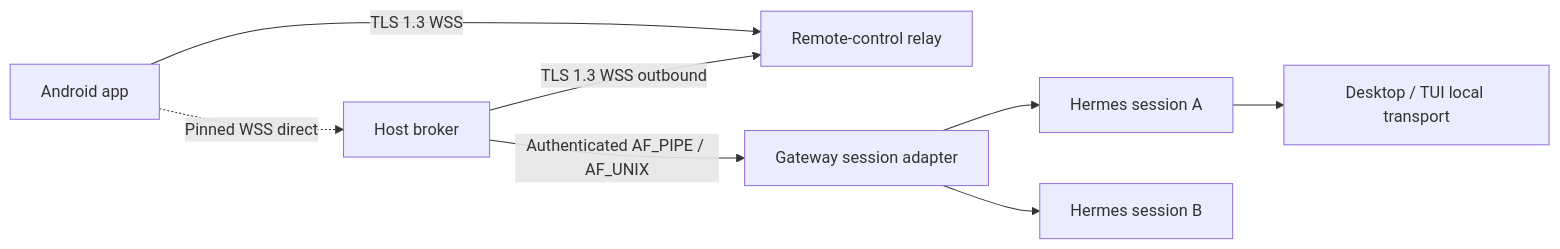
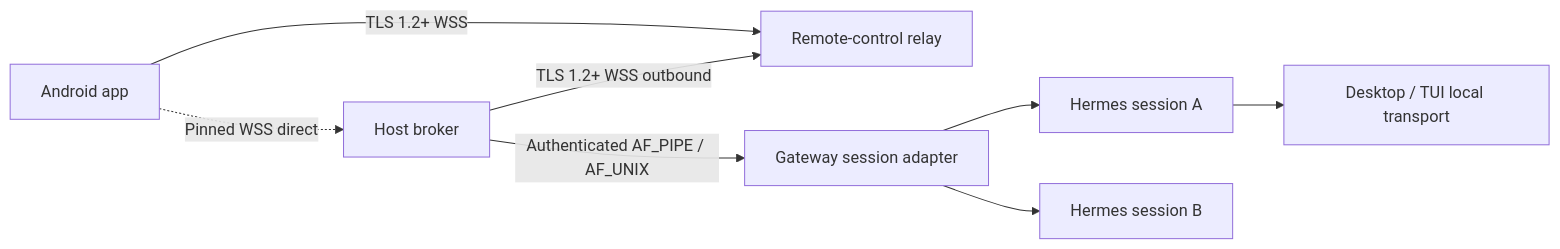
The diagram in docs/remote-control/diagrams/runtime-topology.mmd (allwavemedia/hermes-agent-mobile-app), drawn with Mermaid before and after one commit. The commit also changed 4 other files, not shown here.

Commit message:
docs(remote-control): align TLS policy with Android floor

```diff
--- a/docs/remote-control/diagrams/runtime-topology.mmd
+++ b/docs/remote-control/diagrams/runtime-topology.mmd
@@ -1,8 +1,8 @@
 flowchart LR
-    A["Android app"] -->|"TLS 1.3 WSS"| R["Remote-control relay"]
-    H["Host broker"] -->|"TLS 1.3 WSS outbound"| R
+    A["Android app"] -->|"TLS 1.2+ WSS"| R["Remote-control relay"]
+    H["Host broker"] -->|"TLS 1.2+ WSS outbound"| R
     A -. "Pinned WSS direct" .-> H
     H -->|"Authenticated AF_PIPE / AF_UNIX"| G["Gateway session adapter"]
     G --> S1["Hermes session A"]
     G --> S2["Hermes session B"]
     S1 --> D["Desktop / TUI local transport"]
```
